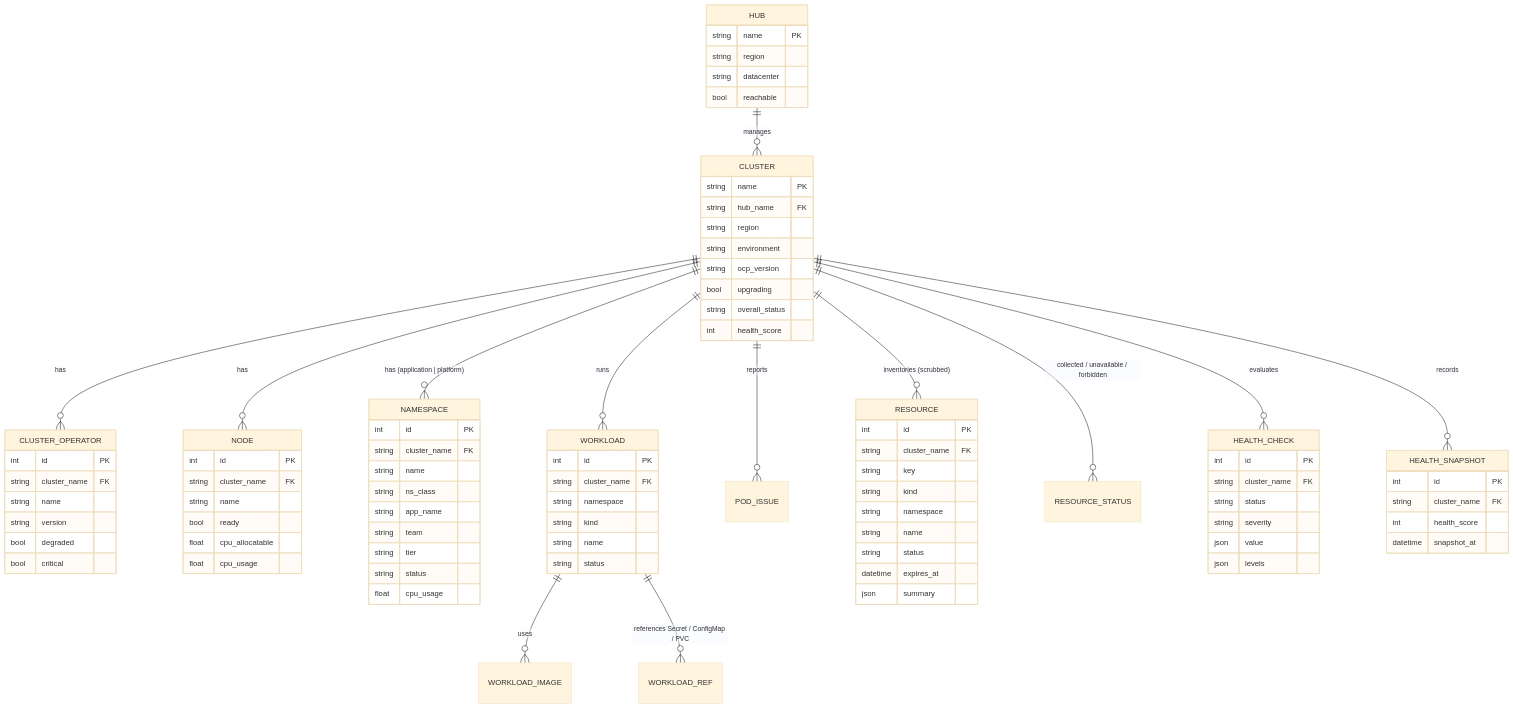
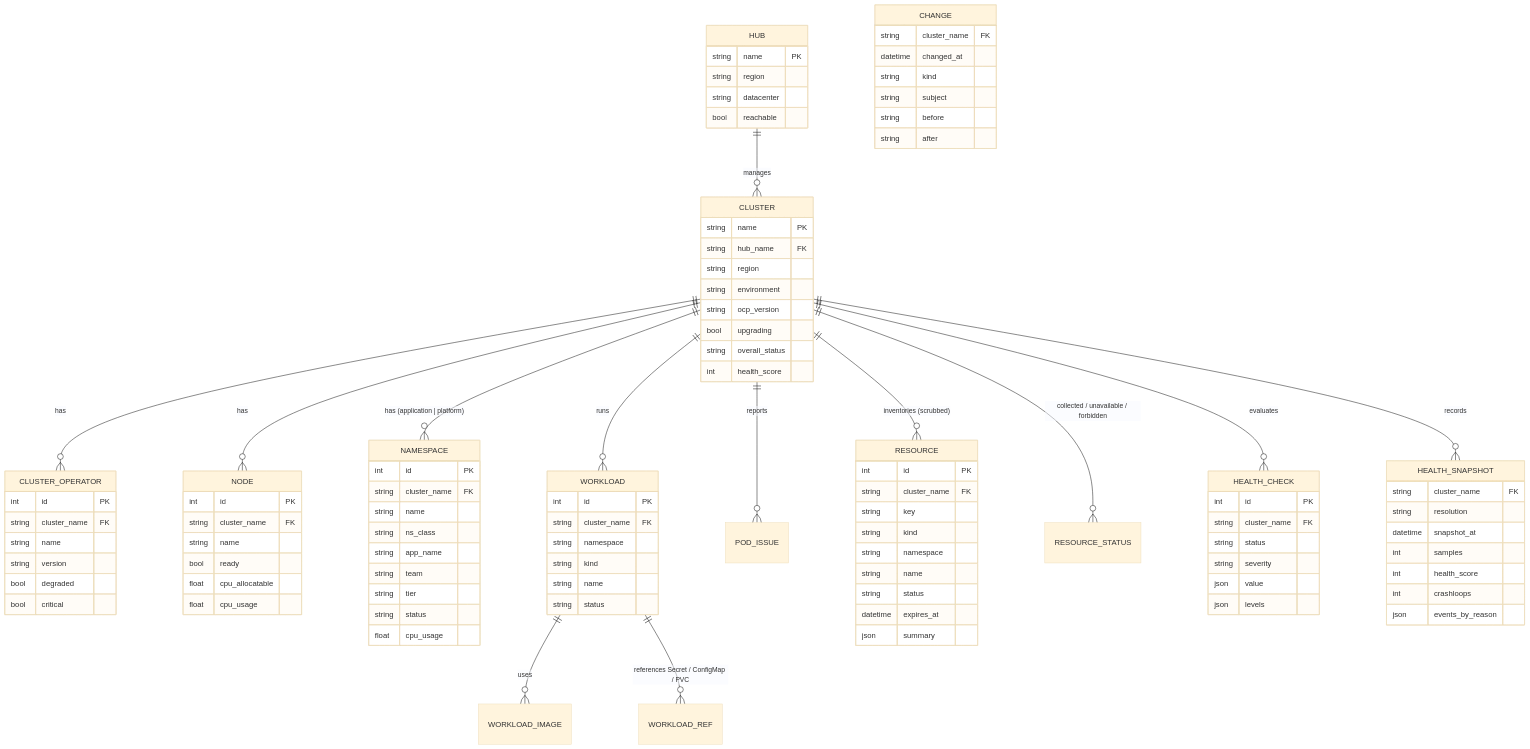
One commit to aasthapit/Operations-Data-Layer changed the fourth of 6 diagrams in docs/architecture.md. Above: the diagram before and after it, drawn with Mermaid (base theme). The commit also changed other lines of this file and 23 other files, not shown here.

````diff
--- a/docs/architecture.md
+++ b/docs/architecture.md
@@ -248,9 +265,20 @@
     json levels
   }
   HEALTH_SNAPSHOT {
-    int id PK
     string cluster_name FK
+    string resolution
+    datetime snapshot_at
+    int samples
     int health_score
-    datetime snapshot_at
+    int crashloops
+    json events_by_reason
+  }
+  CHANGE {
+    string cluster_name FK
+    datetime changed_at
+    string kind
+    string subject
+    string before
+    string after
   }
 ```
````
